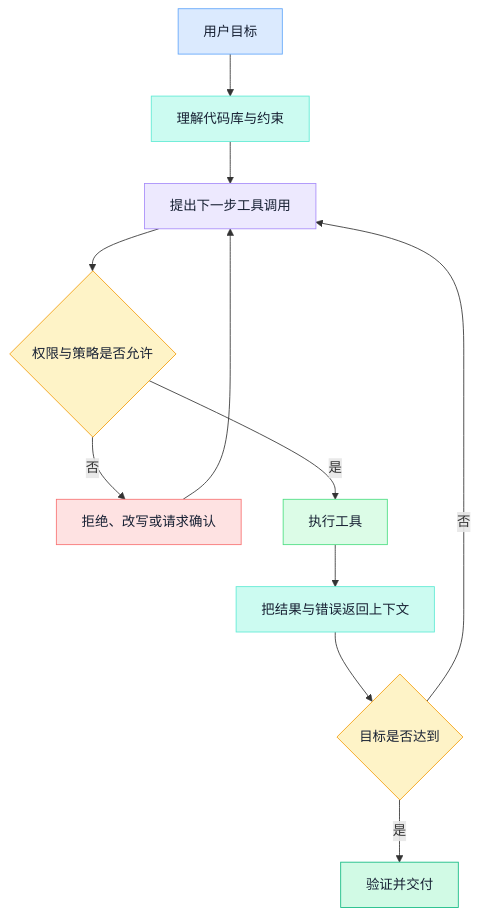
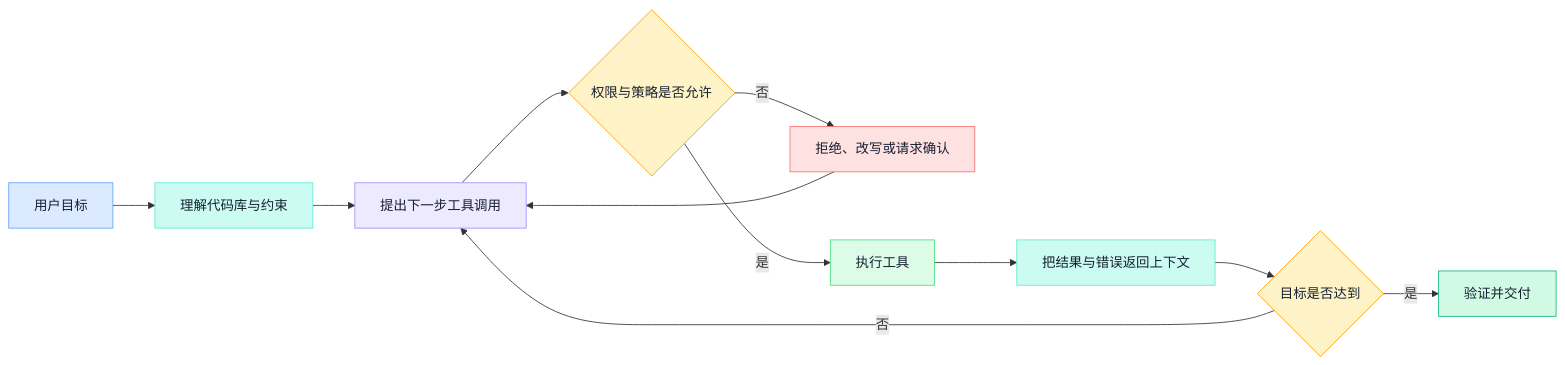
Before and after one commit to ink-hz/AI-Agent-Platform: the second of 3 diagrams in backend/app/ai_notes/content/03-tools-and-frameworks/01-claude-code-architecture.md, drawn with Mermaid. The commit also changed other lines of this file and 3 other files, not shown here.

Commit message:
content: refine Mermaid diagrams for continuous reading

````diff
--- a/backend/app/ai_notes/content/03-tools-and-frameworks/01-claude-code-architecture.md
+++ b/backend/app/ai_notes/content/03-tools-and-frameworks/01-claude-code-architecture.md
@@ -84,28 +87,31 @@
 ```mermaid
-flowchart TD
+flowchart LR
+    accTitle: Claude Code Agent 工作循环
+    accDescr: 从用户目标和代码库约束出发，行动经过权限判断和工具执行，直到验证目标达到。
+
     A[用户目标] --> B[理解代码库与约束]
     B --> C[提出下一步工具调用]
     C --> D{权限与策略是否允许}
     D -->|否| E[拒绝、改写或请求确认]
     D -->|是| F[执行工具]
     F --> G[把结果与错误返回上下文]
     G --> H{目标是否达到}
     H -->|否| C
     H -->|是| I[验证并交付]
     E --> C
 
     classDef input fill:#DBEAFE,stroke:#60A5FA,color:#172033;
     classDef model fill:#EDE9FE,stroke:#A78BFA,color:#172033;
     classDef data fill:#CCFBF1,stroke:#5EEAD4,color:#172033;
     classDef policy fill:#FEF3C7,stroke:#F59E0B,color:#172033;
     classDef tool fill:#DCFCE7,stroke:#4ADE80,color:#172033;
     classDef success fill:#D1FAE5,stroke:#10B981,color:#172033;
     classDef risk fill:#FEE2E2,stroke:#F87171,color:#172033;
     class A input;
     class B,G data;
     class C model;
     class D,H policy;
     class F tool;
     class I success;
     class E risk;
 ```
````
